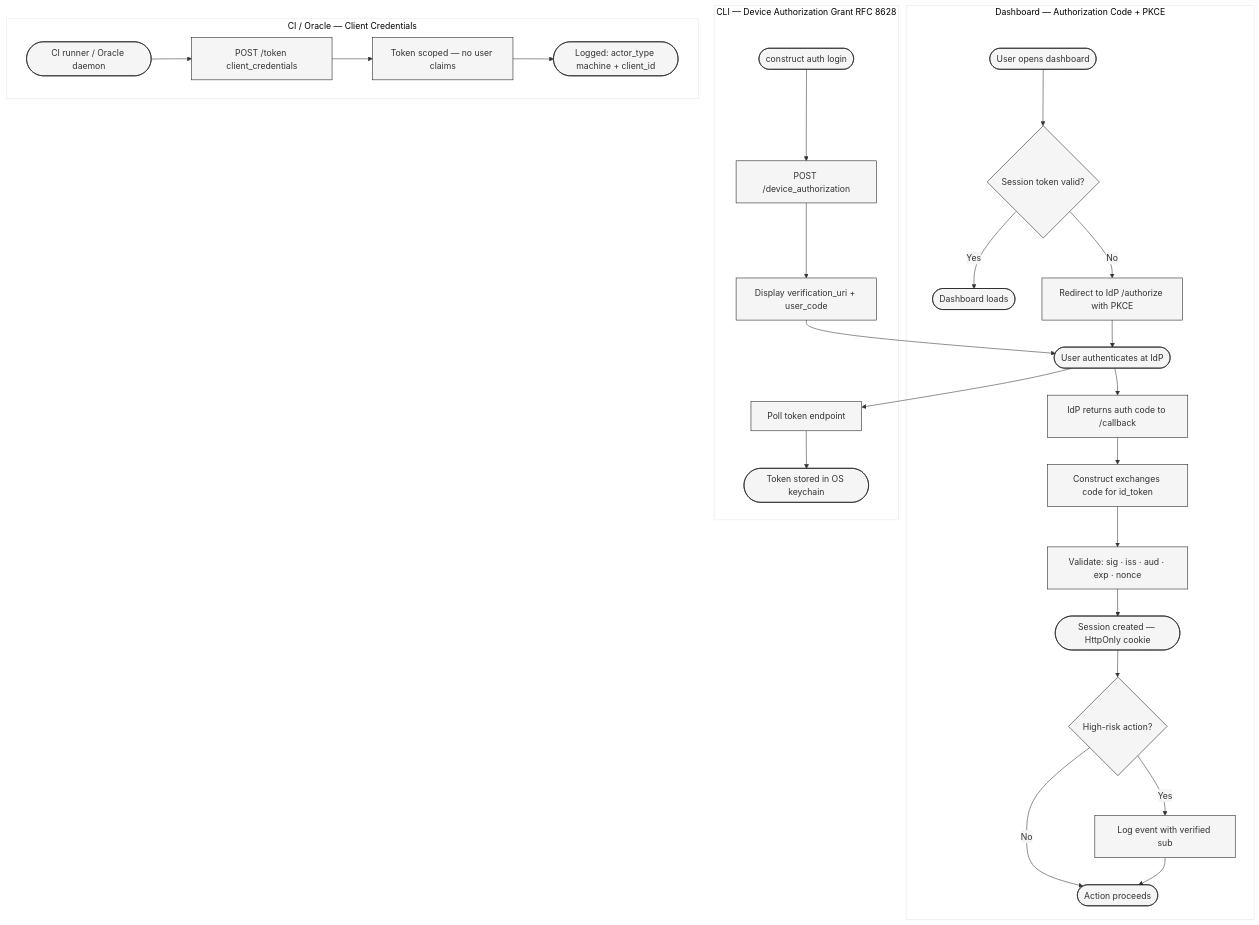
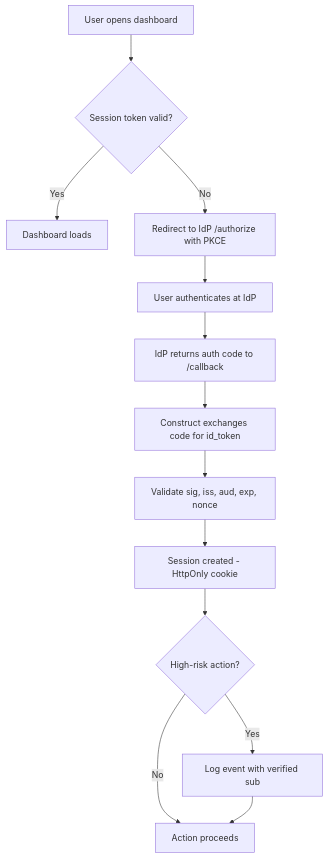
The first of 3 diagrams in docs/specs/prd/0002-oidc-authentication.md (geraldmaron/construct), drawn with Mermaid before and after one commit. The commit also changed other lines of this file and 31 other files, not shown here.

````diff
--- a/docs/specs/prd/0002-oidc-authentication.md
+++ b/docs/specs/prd/0002-oidc-authentication.md
@@ -70,32 +72,15 @@
 ```mermaid
-%%{init: {'theme': 'base', 'themeVariables': { 'primaryColor': '#f5f5f5', 'primaryBorderColor': '#1a1a1a', 'lineColor': '#333333', 'fontFamily': 'JetBrains Mono'}}}%%
 flowchart TD
-  subgraph dashboard ["Dashboard — Authorization Code + PKCE"]
-    A([User opens dashboard]) --> B{Session token valid?}
-    B -->|Yes| C([Dashboard loads])
-    B -->|No| D[Redirect to IdP /authorize with PKCE]
-    D --> E([User authenticates at IdP])
-    E --> F[IdP returns auth code to /callback]
-    F --> G[Construct exchanges code for id_token]
-    G --> H[Validate: sig · iss · aud · exp · nonce]
-    H --> I([Session created — HttpOnly cookie])
-    I --> J{High-risk action?}
-    J -->|Yes| K[Log event with verified sub]
-    J -->|No| L([Action proceeds])
-    K --> L
-  end
-
-  subgraph cli ["CLI — Device Authorization Grant RFC 8628"]
-    M([construct auth login]) --> N[POST /device_authorization]
-    N --> O[Display verification_uri + user_code]
-    O --> E
-    E --> P[Poll token endpoint]
-    P --> Q([Token stored in OS keychain])
-  end
-
-  subgraph ci ["CI / Oracle — Client Credentials"]
-    R([CI runner / Oracle daemon]) --> S[POST /token client_credentials]
-    S --> T[Token scoped — no user claims]
-    T --> U([Logged: actor_type machine + client_id])
-  end
+A[User opens dashboard] --> B{Session token valid?}
+B -->|Yes| C[Dashboard loads]
+B -->|No| D[Redirect to IdP /authorize with PKCE]
+D --> E[User authenticates at IdP]
+E --> F[IdP returns auth code to /callback]
+F --> G[Construct exchanges code for id_token]
+G --> H[Validate sig, iss, aud, exp, nonce]
+H --> I[Session created - HttpOnly cookie]
+I --> J{High-risk action?}
+J -->|Yes| K[Log event with verified sub]
+J -->|No| L[Action proceeds]
+K --> L
 ```
````
